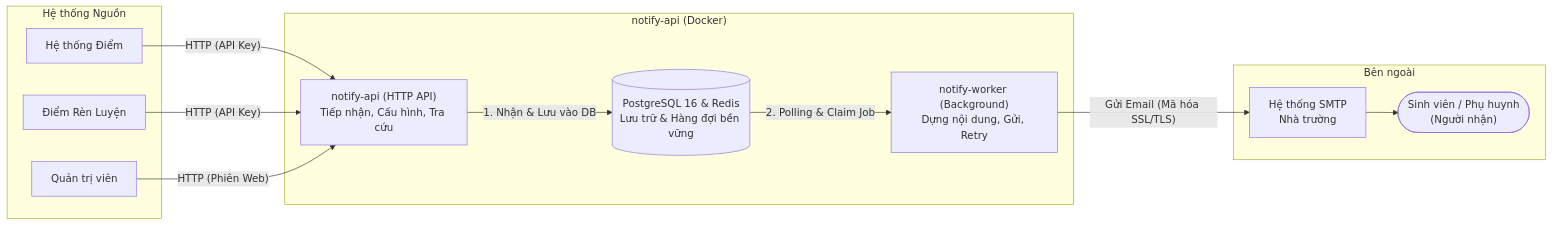
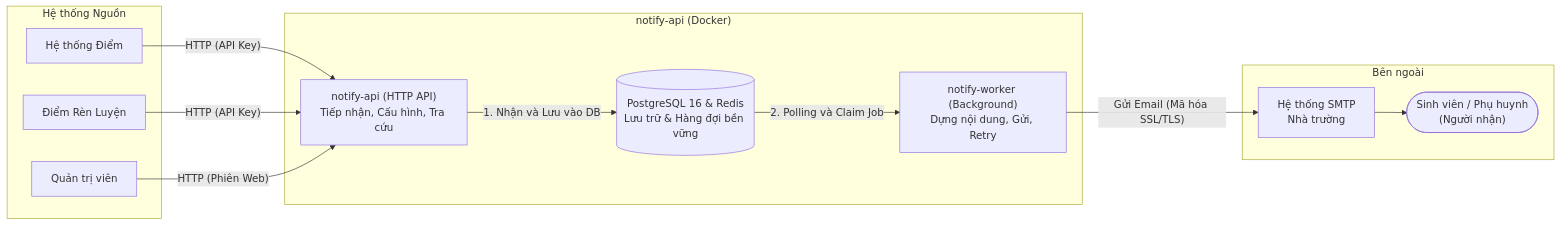
Before and after one commit to huonghm14102005/notification: the first of 4 diagrams in docs/ARCHITECTURE.md, drawn with Mermaid.

Commit message:
fix(docs): quote all mermaid edge labels

````diff
--- a/docs/ARCHITECTURE.md
+++ b/docs/ARCHITECTURE.md
@@ -14,27 +14,27 @@
 ```mermaid
 flowchart LR
     subgraph SOURCES["Hệ thống Nguồn"]
         Score["Hệ thống Điểm"]
         Train["Điểm Rèn Luyện"]
         Admin["Quản trị viên"]
     end
 
     subgraph SYSTEM["notify-api (Docker)"]
         API["notify-api (HTTP API)<br/>Tiếp nhận, Cấu hình, Tra cứu"]
         Worker["notify-worker (Background)<br/>Dựng nội dung, Gửi, Retry"]
         DB[("PostgreSQL 16 & Redis<br/>Lưu trữ & Hàng đợi bền vững")]
         
-        API -->|1. Nhận & Lưu vào DB| DB
-        DB -->|2. Polling & Claim Job| Worker
+        API -->|"1. Nhận và Lưu vào DB"| DB
+        DB -->|"2. Polling và Claim Job"| Worker
     end
 
     subgraph DEST["Bên ngoài"]
         SMTP["Hệ thống SMTP<br/>Nhà trường"]
         User(["Sinh viên / Phụ huynh<br/>(Người nhận)"])
     end
 
     Score & Train -->|"HTTP (API Key)"| API
     Admin -->|"HTTP (Phiên Web)"| API
     Worker -->|"Gửi Email (Mã hóa SSL/TLS)"| SMTP
     SMTP --> User
 ```
````
